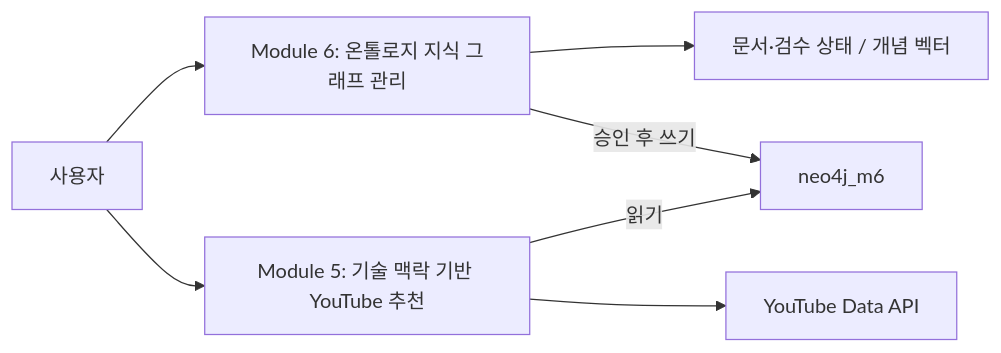
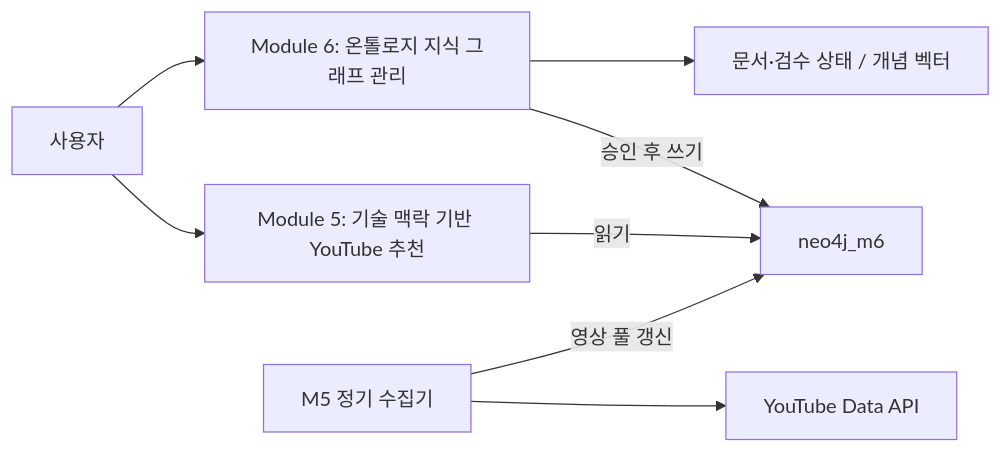
The diagram in docs/MODULE_CONTRACT.md (ann-star20/Code-Shepherd), drawn with Mermaid before and after one commit. The commit also changed other lines of this file and 39 other files, not shown here.

Commit message:
feat(m5): persist YouTube recommendations with scheduled refresh and HITL docs

````diff
--- a/docs/MODULE_CONTRACT.md
+++ b/docs/MODULE_CONTRACT.md
@@ -419,9 +419,10 @@
 ```mermaid
 flowchart LR
     U["사용자"] --> M6["Module 6: 온톨로지 지식 그래프 관리"]
     M6 --> P["문서·검수 상태 / 개념 벡터"]
     M6 -->|승인 후 쓰기| G["neo4j_m6"]
     U --> M5["Module 5: 기술 맥락 기반 YouTube 추천"]
     M5 -->|읽기| G
-    M5 --> Y["YouTube Data API"]
+    C["M5 정기 수집기"] --> Y["YouTube Data API"]
+    C -->|영상 풀 갱신| G
 ```
````
